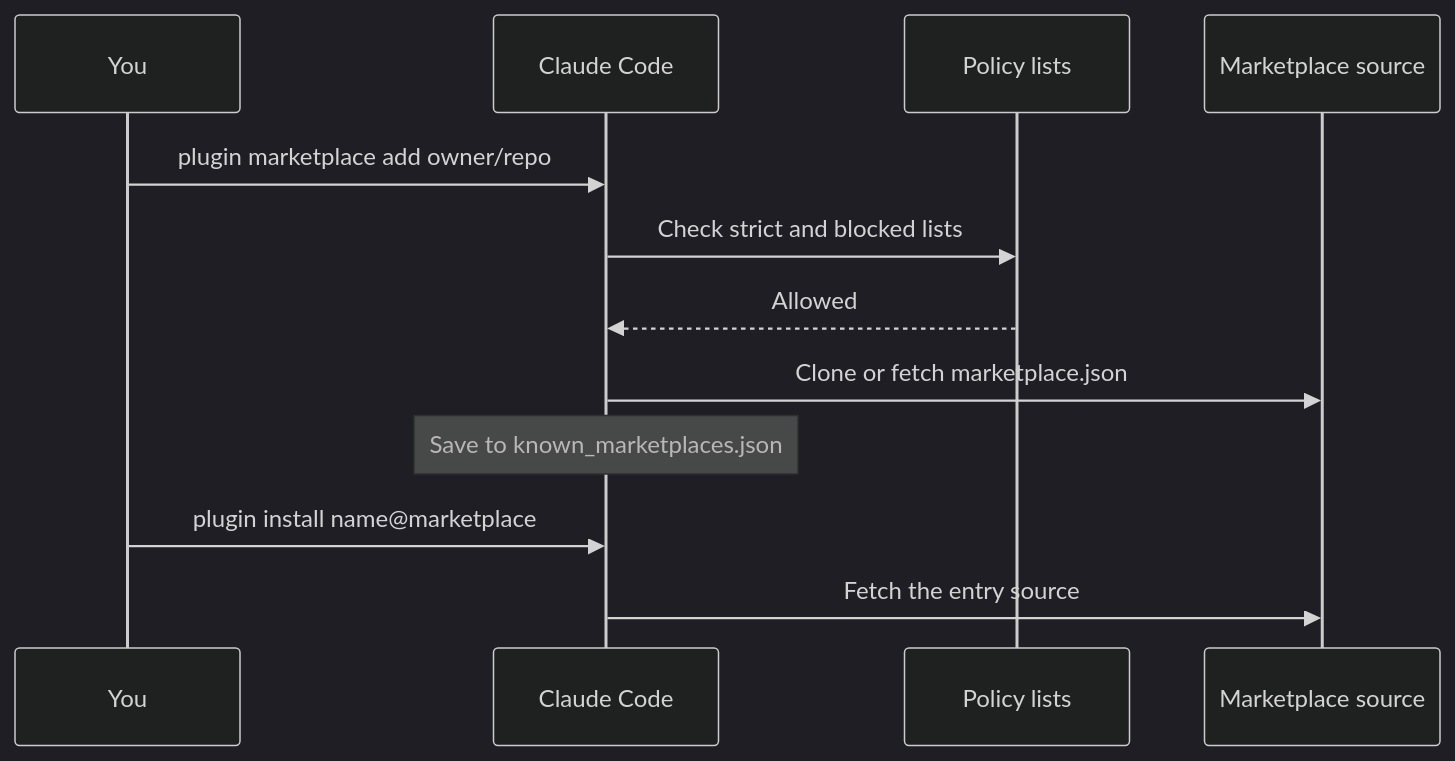
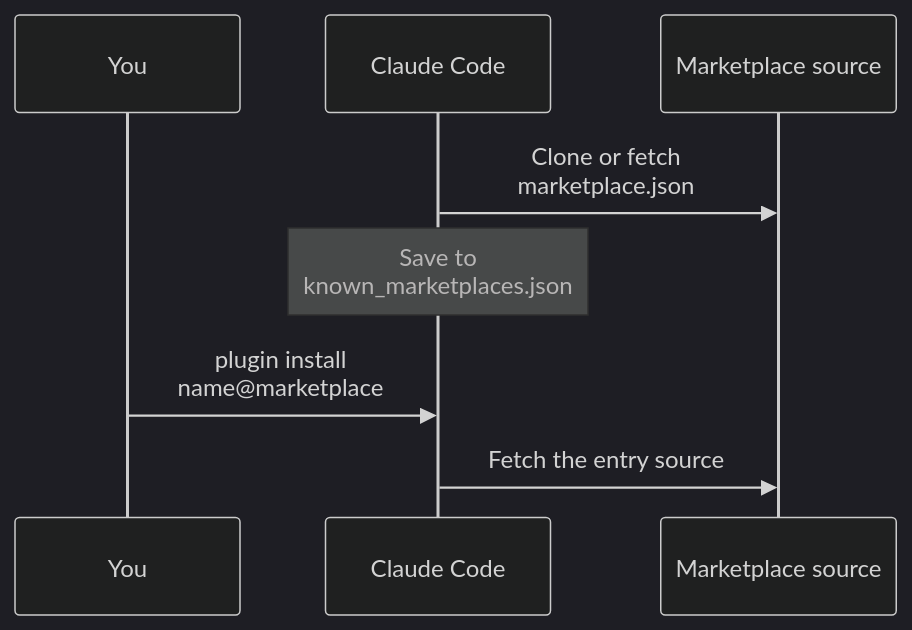
The second of 2 diagrams in docs/extend/plugins/marketplace.md (xsyetopz/claude-code-docs), drawn with Mermaid (dark theme) before and after one commit. The commit also changed other lines of this file and 19 other files, not shown here.

Commit message:
docs: split diagrams that overflow at 1280px

````diff
--- a/docs/extend/plugins/marketplace.md
+++ b/docs/extend/plugins/marketplace.md
@@ -117,14 +129,10 @@
 ```mermaid
 sequenceDiagram
   participant U as You
   participant C as Claude Code
-  participant P as Policy lists
   participant S as Marketplace source
-  U->>C: plugin marketplace add owner/repo
-  C->>P: Check strict and blocked lists
-  P-->>C: Allowed
-  C->>S: Clone or fetch marketplace.json
-  Note over C: Save to known_marketplaces.json
-  U->>C: plugin install name@marketplace
+  C->>S: Clone or fetch<br/>marketplace.json
+  Note over C: Save to<br/>known_marketplaces.json
+  U->>C: plugin install<br/>name@marketplace
   C->>S: Fetch the entry source
 ```
````
